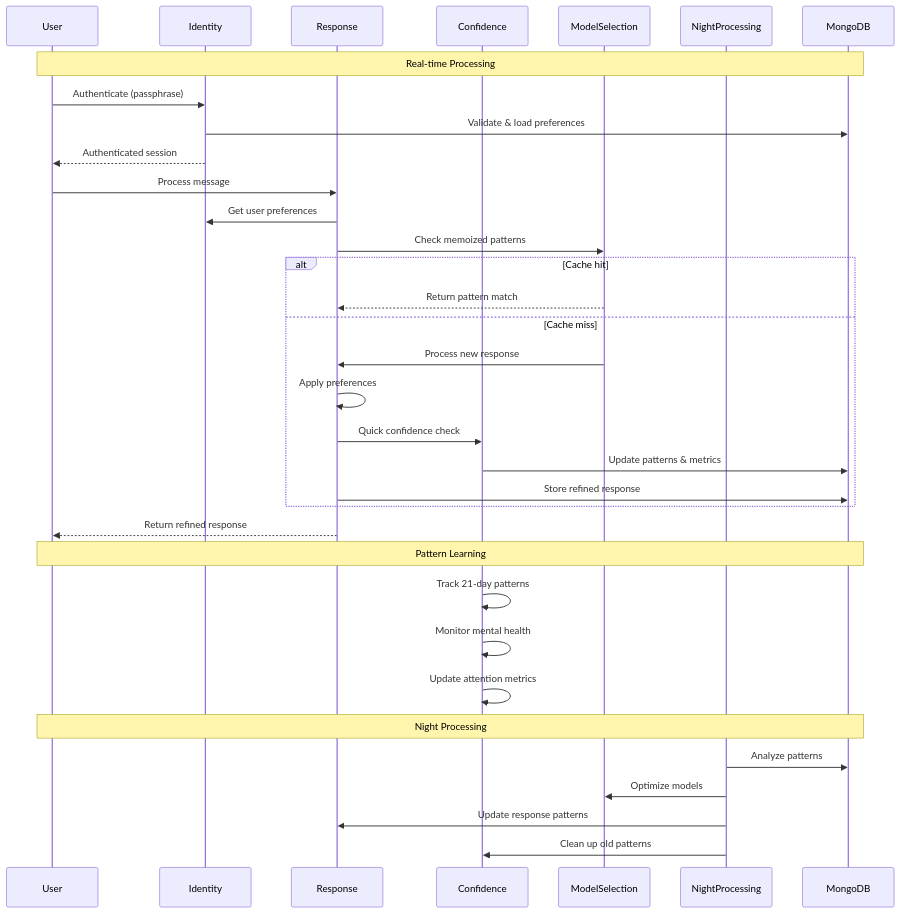
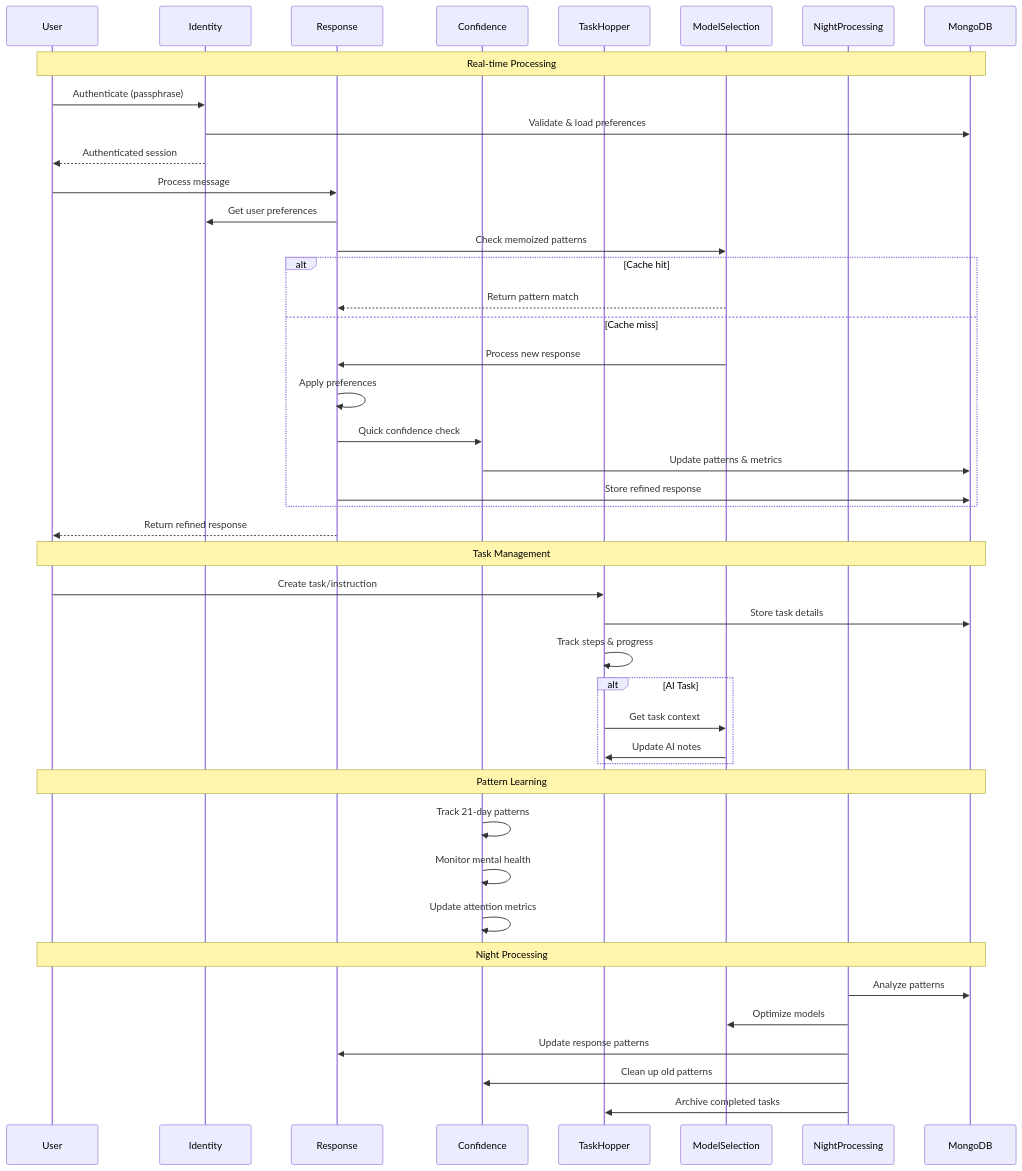
One commit to alanchelmickjr/memoRable changed the first of 2 diagrams in memoRable_implementation_plan.md. Above: the diagram before and after it, drawn with Mermaid. The commit also changed other lines of this file and 2 other files, not shown here.

Commit message:
task hopper for human and ai

````diff
--- a/memoRable_implementation_plan.md
+++ b/memoRable_implementation_plan.md
@@ -5,40 +5,51 @@
 ```mermaid
 sequenceDiagram
     participant User
     participant Identity
     participant Response
     participant Confidence
+    participant TaskHopper
     participant ModelSelection
     participant NightProcessing
     participant MongoDB
 
     Note over User,MongoDB: Real-time Processing
     User->>Identity: Authenticate (passphrase)
     Identity->>MongoDB: Validate & load preferences
     Identity-->>User: Authenticated session
     
     User->>Response: Process message
     Response->>Identity: Get user preferences
     Response->>ModelSelection: Check memoized patterns
     alt Cache hit
         ModelSelection-->>Response: Return pattern match
     else Cache miss
         ModelSelection->>Response: Process new response
         Response->>Response: Apply preferences
         Response->>Confidence: Quick confidence check
         Confidence->>MongoDB: Update patterns & metrics
         Response->>MongoDB: Store refined response
     end
     Response-->>User: Return refined response
     
+    Note over User,MongoDB: Task Management
+    User->>TaskHopper: Create task/instruction
+    TaskHopper->>MongoDB: Store task details
+    TaskHopper->>TaskHopper: Track steps & progress
+    alt AI Task
+        TaskHopper->>ModelSelection: Get task context
+        ModelSelection->>TaskHopper: Update AI notes
+    end
+    
     Note over User,MongoDB: Pattern Learning
     Confidence->>Confidence: Track 21-day patterns
     Confidence->>Confidence: Monitor mental health
     Confidence->>Confidence: Update attention metrics
     
     Note over User,MongoDB: Night Processing
     NightProcessing->>MongoDB: Analyze patterns
     NightProcessing->>ModelSelection: Optimize models
     NightProcessing->>Response: Update response patterns
     NightProcessing->>Confidence: Clean up old patterns
+    NightProcessing->>TaskHopper: Archive completed tasks
 ```
````
